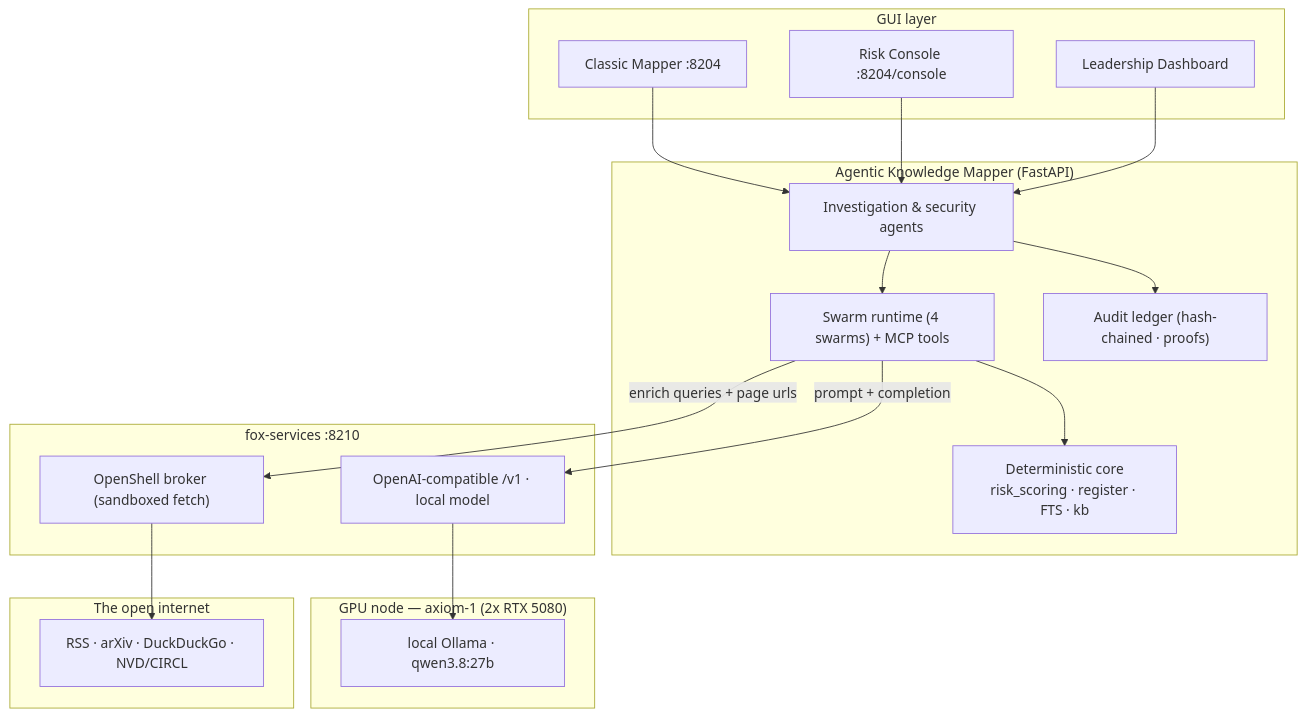
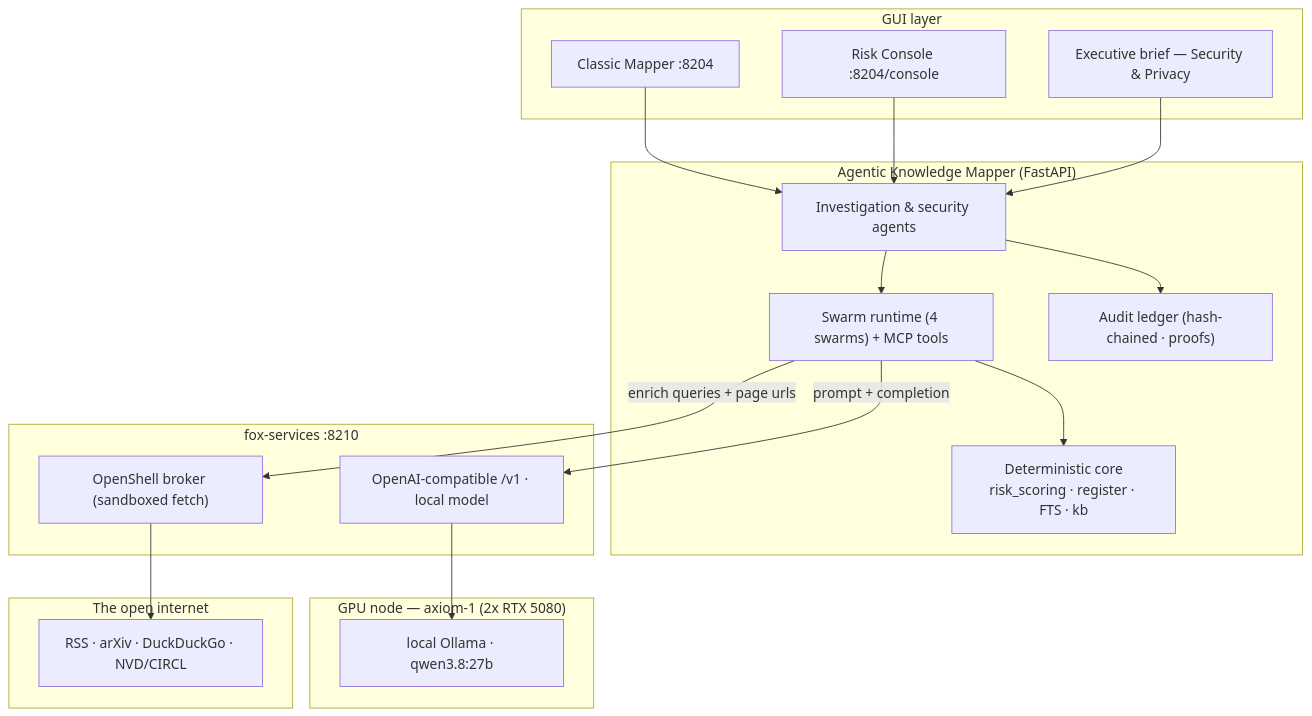
One commit to harishgovardhandamodar/agentic-knowledge-mapper changed the first of 6 diagrams in docs/SHARE-DIAGRAMS.md. Above: the diagram before and after it, drawn with Mermaid. The commit also changed 12 other files, not shown here.

First line of the commit message:
README, docs and design tab: document the Executive brief and its new surfaces

````diff
--- a/docs/SHARE-DIAGRAMS.md
+++ b/docs/SHARE-DIAGRAMS.md
@@ -12,35 +12,35 @@
 ```mermaid
 flowchart TB
     subgraph GUI["GUI layer"]
         C["Classic Mapper :8204"]
         R["Risk Console :8204/console"]
-        D["Leadership Dashboard"]
+        D["Executive brief — Security & Privacy"]
     end
     subgraph APP["Agentic Knowledge Mapper (FastAPI)"]
         M["Investigation & security agents"]
         SW["Swarm runtime (4 swarms) + MCP tools"]
         RSC["Deterministic core<br/>risk_scoring · register · FTS · kb"]
         LG["Audit ledger (hash-chained · proofs)"]
     end
     subgraph FOX["fox-services :8210"]
         GW["OpenAI-compatible /v1 · local model"]
         BR["OpenShell broker (sandboxed fetch)"]
     end
     subgraph GPU["GPU node — axiom-1 (2x RTX 5080)"]
         OLL["local Ollama · qwen3.8:27b"]
     end
     subgraph WEB["The open internet"]
         SRC["RSS · arXiv · DuckDuckGo · NVD/CIRCL"]
     end
 
     C --> M
     R --> M
     D --> M
     M --> SW
     SW --> RSC
     M --> LG
     SW -->|"prompt + completion"| GW
     SW -->|"enrich queries + page urls"| BR
     GW --> OLL
     BR --> SRC
 ```
````
